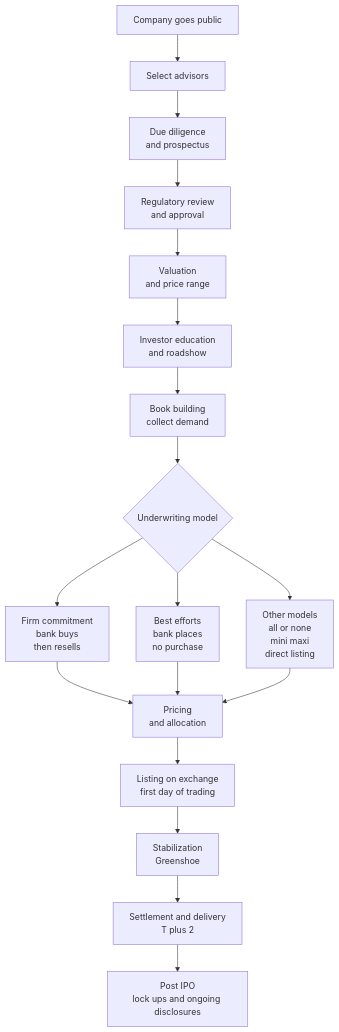
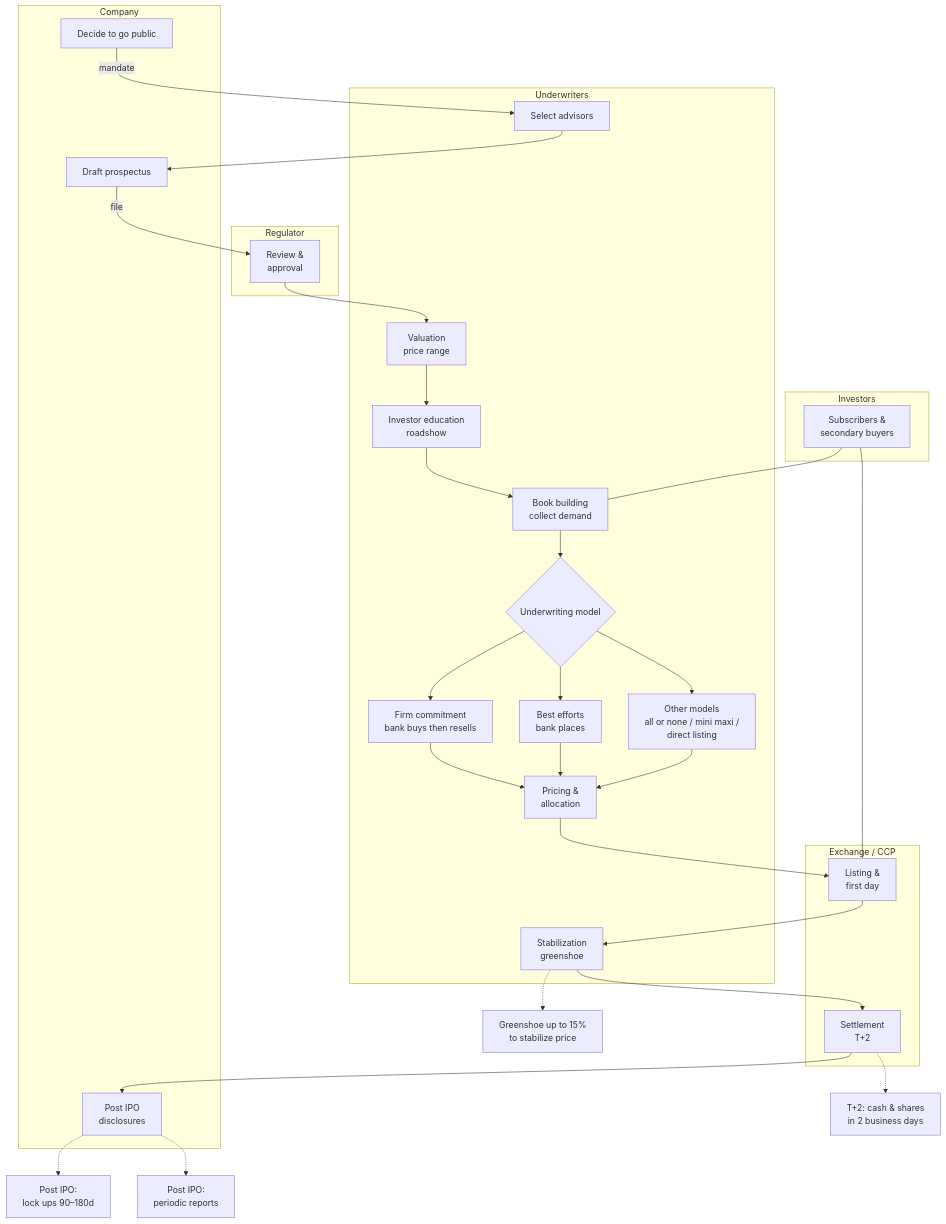
Before and after one commit to CheickPaul/Finance-Python-Learning-Portfolio: the first of 2 diagrams in epat--quantinsti/modules/m01_epat_primer/primer02_stock_market_basics/notes_stock_market_basics.md, drawn with Mermaid. The commit also changed other lines of this file, not shown here.

First line of the commit message:
Expand IPO process details with flowcharts and tables

````diff
--- a/epat--quantinsti/modules/m01_epat_primer/primer02_stock_market_basics/notes_stock_market_basics.md
+++ b/epat--quantinsti/modules/m01_epat_primer/primer02_stock_market_basics/notes_stock_market_basics.md
@@ -162,22 +164,63 @@
 ```mermaid
 flowchart TD
-  A[Company goes public] --> B[Select advisors]
-  B --> C[Due diligence<br/>and prospectus]
-  C --> D[Regulatory review<br/>and approval]
-  D --> E[Valuation<br/>and price range]
-  E --> F[Investor education<br/>and roadshow]
-  F --> G[Book building<br/>collect demand]
-  G --> H{Underwriting model}
 
-  H --> H1["Firm commitment<br/>bank buys<br/>then resells"]
-  H --> H2["Best efforts<br/>bank places<br/>no purchase"]
-  H --> H3["Other models<br/>all or none<br/>mini maxi<br/>direct listing"]
+%% --- Swimlanes / actors ---
+subgraph C0[Company]
+  C1[Decide to go public]
+  C2[Draft prospectus]
+  C3[Post IPO<br/>disclosures]
+end
 
-  H1 --> I[Pricing<br/>and allocation]
-  H2 --> I
-  H3 --> I
-  I --> J[Listing on exchange<br/>first day of trading]
-  J --> K[Stabilization<br/>Greenshoe]
-  K --> L[Settlement and delivery<br/>T plus 2]
-  L --> M[Post IPO<br/>lock ups and ongoing disclosures]
+subgraph U0[Underwriters]
+  U1[Select advisors]
+  U2[Valuation<br/>price range]
+  U3[Investor education<br/>roadshow]
+  U4[Book building<br/>collect demand]
+  U5{Underwriting model}
+  U5a[Firm commitment<br/>bank buys then resells]
+  U5b[Best efforts<br/>bank places]
+  U5c[Other models<br/>all or none / mini maxi /<br/>direct listing]
+  U6[Pricing &<br/>allocation]
+  U7[Stabilization<br/>greenshoe]
+end
+
+subgraph R0[Regulator]
+  R1[Review &<br/>approval]
+end
+
+subgraph X0[Exchange / CCP]
+  X1[Listing &<br/>first day]
+  X2[Settlement<br/>T+2]
+end
+
+subgraph I0[Investors]
+  I1[Subscribers &<br/>secondary buyers]
+end
+
+%% --- Main flow with a few edge labels ---
+C1 -->|mandate| U1
+U1 --> C2
+C2 -->|file| R1
+R1 --> U2
+U2 --> U3 --> U4 --> U5
+U5 --> U5a --> U6
+U5 --> U5b --> U6
+U5 --> U5c --> U6
+U6 --> X1 --> U7 --> X2 --> C3
+
+%% investors connect at primary and secondary stages
+I1 --- U4
+I1 --- X1
+
+%% --- Explanatory callouts (short and wrapped)
+Kx[Greenshoe up to 15%<br/>to stabilize price]
+Tx[T+2: cash & shares<br/>in 2 business days]
+L1[Post IPO:<br/>lock ups 90–180d]
+L2[Post IPO:<br/>periodic reports]
+
+U7 -.-> Kx
+X2 -.-> Tx
+C3 -.-> L1
+C3 -.-> L2
+
 ```
````
